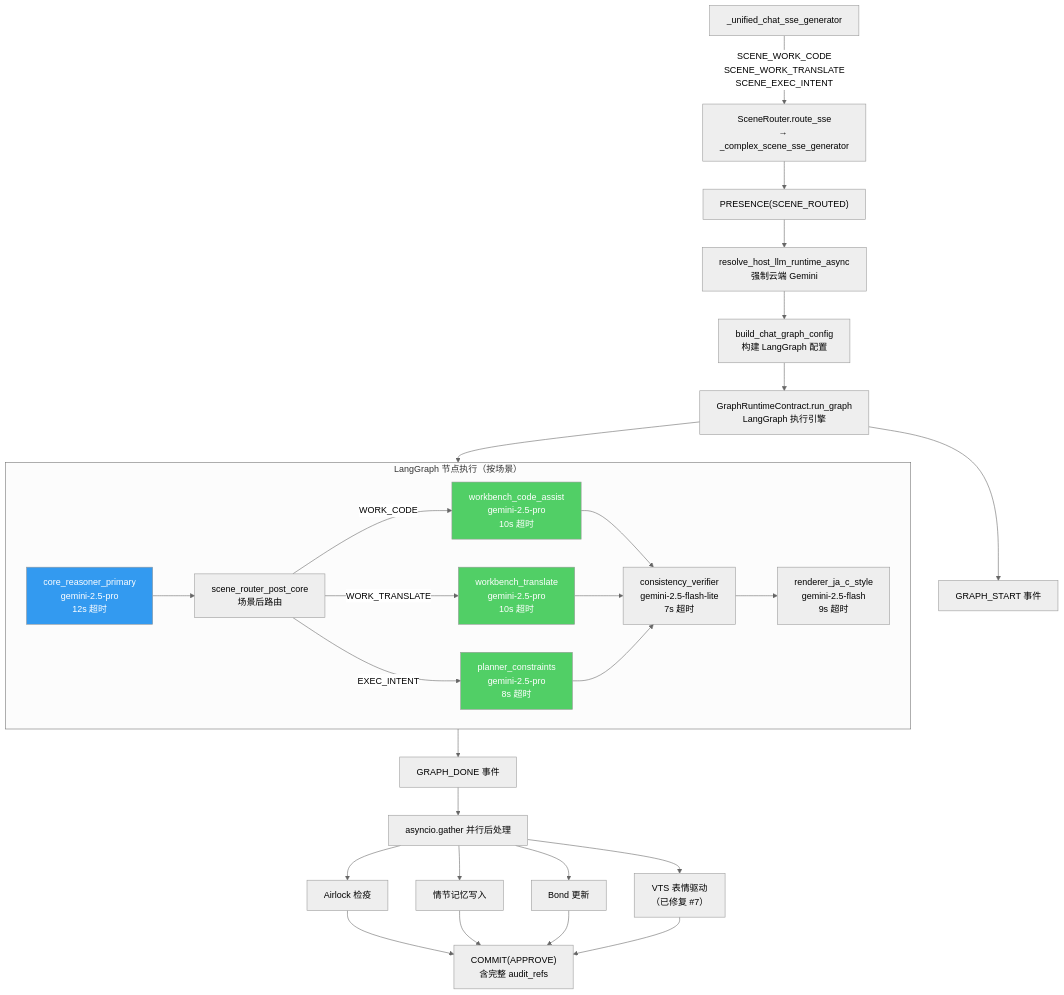
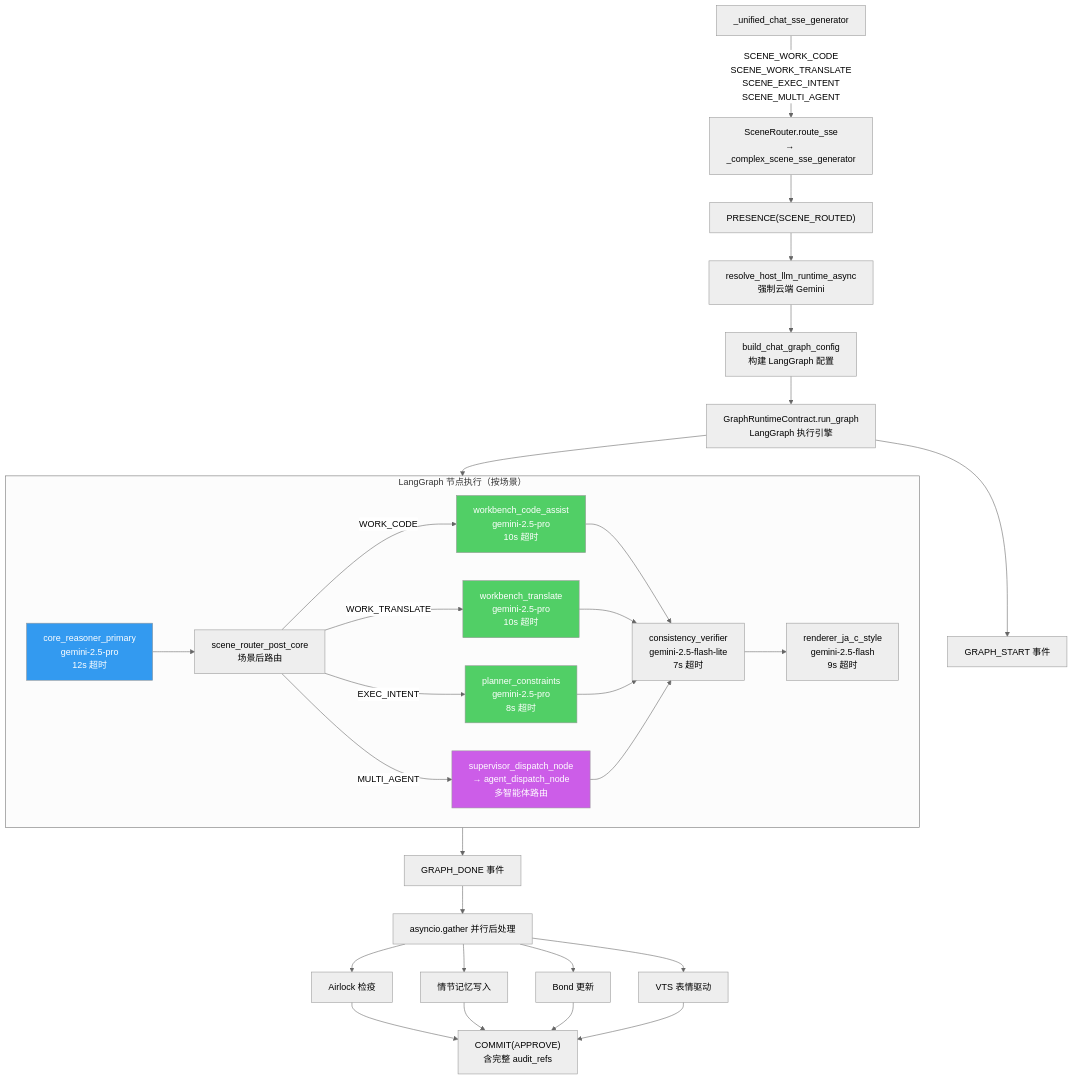
The sixth of 22 diagrams in docs/50_project/dataflow_report_20260311.md (SakuraYoruno/Natsume_Ai), drawn with Mermaid (neutral theme) before and after one commit. The commit also changed other lines of this file, not shown here.

First line of the commit message:
dataflow_report: 更新数据流图，删除历史修复记录冗余内容

````diff
--- a/docs/50_project/dataflow_report_20260311.md
+++ b/docs/50_project/dataflow_report_20260311.md
@@ -259,45 +255,48 @@
 ```mermaid
 flowchart TD
-    A["_unified_chat_sse_generator"] -->|"SCENE_WORK_CODE\nSCENE_WORK_TRANSLATE\nSCENE_EXEC_INTENT"| B["SceneRouter.route_sse\n→ _complex_scene_sse_generator"]
+    A["_unified_chat_sse_generator"] -->|"SCENE_WORK_CODE\nSCENE_WORK_TRANSLATE\nSCENE_EXEC_INTENT\nSCENE_MULTI_AGENT"| B["SceneRouter.route_sse\n→ _complex_scene_sse_generator"]
 
     B --> C["PRESENCE(SCENE_ROUTED)"]
     C --> D["resolve_host_llm_runtime_async\n强制云端 Gemini"]
     D --> E["build_chat_graph_config\n构建 LangGraph 配置"]
 
     E --> F["GraphRuntimeContract.run_graph\nLangGraph 执行引擎"]
     F --> G["GRAPH_START 事件"]
 
     subgraph LANGGRAPH["LangGraph 节点执行（按场景）"]
         direction LR
         N1["core_reasoner_primary\ngemini-2.5-pro\n12s 超时"]
         N2["scene_router_post_core\n场景后路由"]
         N3_CODE["workbench_code_assist\ngemini-2.5-pro\n10s 超时"]
         N3_TRANS["workbench_translate\ngemini-2.5-pro\n10s 超时"]
         N3_EXEC["planner_constraints\ngemini-2.5-pro\n8s 超时"]
+        N3_AGENT["supervisor_dispatch_node\n→ agent_dispatch_node\n多智能体路由"]
         N4["consistency_verifier\ngemini-2.5-flash-lite\n7s 超时"]
         N5["renderer_ja_c_style\ngemini-2.5-flash\n9s 超时"]
     end
 
     N1 --> N2
     N2 -->|"WORK_CODE"| N3_CODE
     N2 -->|"WORK_TRANSLATE"| N3_TRANS
     N2 -->|"EXEC_INTENT"| N3_EXEC
-    N3_CODE & N3_TRANS & N3_EXEC --> N4
+    N2 -->|"MULTI_AGENT"| N3_AGENT
+    N3_CODE & N3_TRANS & N3_EXEC & N3_AGENT --> N4
     N4 --> N5
 
     F --> LANGGRAPH
     LANGGRAPH --> H["GRAPH_DONE 事件"]
 
     H --> I["asyncio.gather 并行后处理"]
     I --> I1["Airlock 检疫"]
     I --> I2["情节记忆写入"]
     I --> I3["Bond 更新"]
-    I --> I4["VTS 表情驱动\n（已修复 #7）"]
+    I --> I4["VTS 表情驱动"]
 
     I1 & I2 & I3 & I4 --> J["COMMIT(APPROVE)\n含完整 audit_refs"]
 
     style N1 fill:#339af0,color:#fff
     style N3_CODE fill:#51cf66,color:#fff
     style N3_TRANS fill:#51cf66,color:#fff
     style N3_EXEC fill:#51cf66,color:#fff
+    style N3_AGENT fill:#cc5de8,color:#fff
 ```
````
